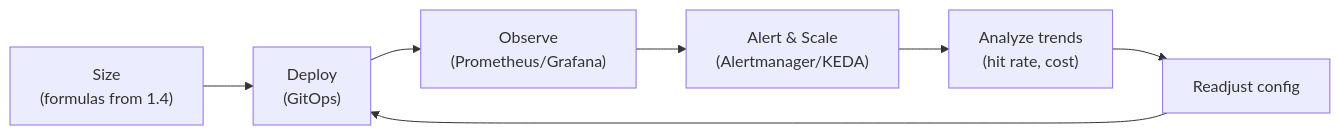
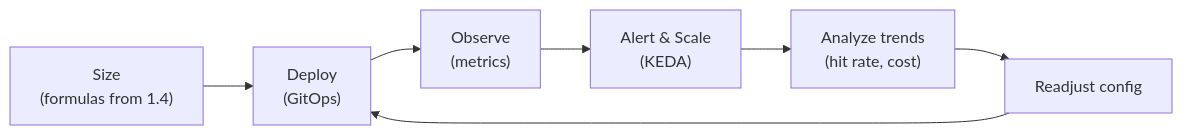
The ninth of 9 diagrams in docs/explain/vllm-kv-cache.md (ADORSYS-GIS/Custom-Ai-Ops), drawn with Mermaid before and after one commit. The commit also changed other lines of this file and 111 other files, not shown here.

````diff
--- a/docs/explain/vllm-kv-cache.md
+++ b/docs/explain/vllm-kv-cache.md
@@ -591,9 +587,9 @@
 ```mermaid
 flowchart LR
     A["Size\n(formulas from 1.4)"] --> B["Deploy\n(GitOps)"]
-    B --> C["Observe\n(Prometheus/Grafana)"]
-    C --> D["Alert & Scale\n(Alertmanager/KEDA)"]
+    B --> C["Observe\n(metrics)"]
+    C --> D["Alert & Scale\n(KEDA)"]
     D --> E["Analyze trends\n(hit rate, cost)"]
     E --> F["Readjust config"]
     F --> B
 ```
````
